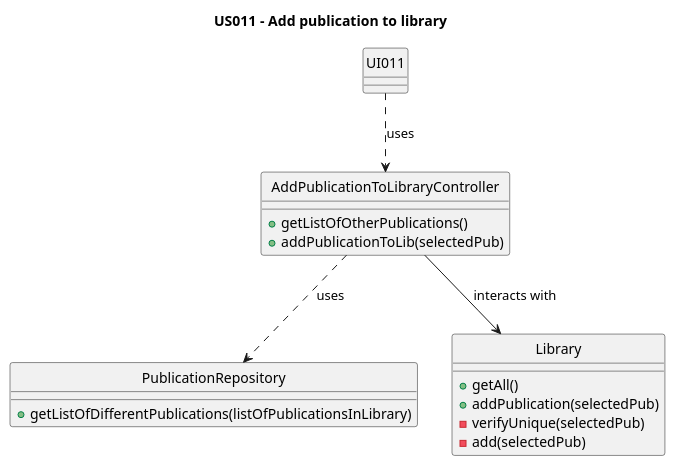
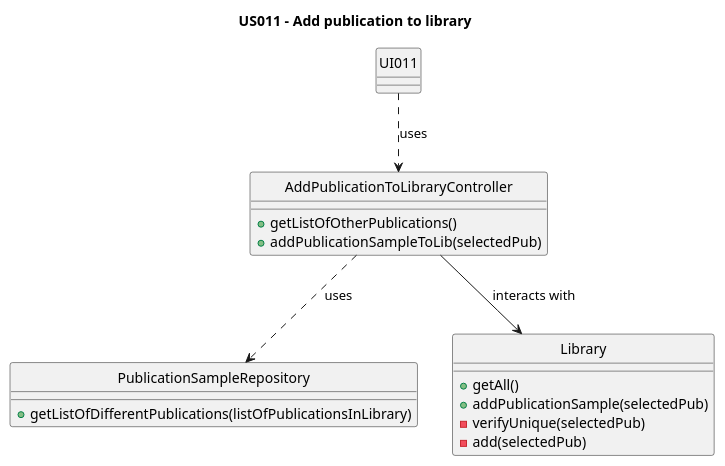
One commit to AndrePereiraGitH/SWitCH-Project-Team_A changed the diagram in Diagrams/ClassDiagrams/US011-to-add-a-publication-to-library.puml. Above: the diagram before and after it, drawn with PlantUML. The commit also changed 43 other files, not shown here.

```diff
--- a/Diagrams/ClassDiagrams/US011-to-add-a-publication-to-library.puml
+++ b/Diagrams/ClassDiagrams/US011-to-add-a-publication-to-library.puml
@@ -1,37 +1,37 @@
 @startuml
 title US011 - Add publication to library
 hide circle
 
 class UI011 {
 }
 
 class AddPublicationToLibraryController {
     + getListOfOtherPublications()
-    + addPublicationToLib(selectedPub)
+    + addPublicationSampleToLib(selectedPub)
 }
 
 
 
-class PublicationRepository {
+class PublicationSampleRepository {
     + getListOfDifferentPublications(listOfPublicationsInLibrary)
 }
 
 
 
 class Library {
     + getAll()
-    + addPublication(selectedPub)
+    + addPublicationSample(selectedPub)
     - verifyUnique(selectedPub)
     - add(selectedPub)
 }
 
 
 ' ---------------- Relationships ----------------
 
 UI011 ..> AddPublicationToLibraryController : uses
-AddPublicationToLibraryController ..> PublicationRepository:uses
+AddPublicationToLibraryController ..> PublicationSampleRepository:uses
 AddPublicationToLibraryController -->Library : interacts with
 
 
 
 @enduml
```
